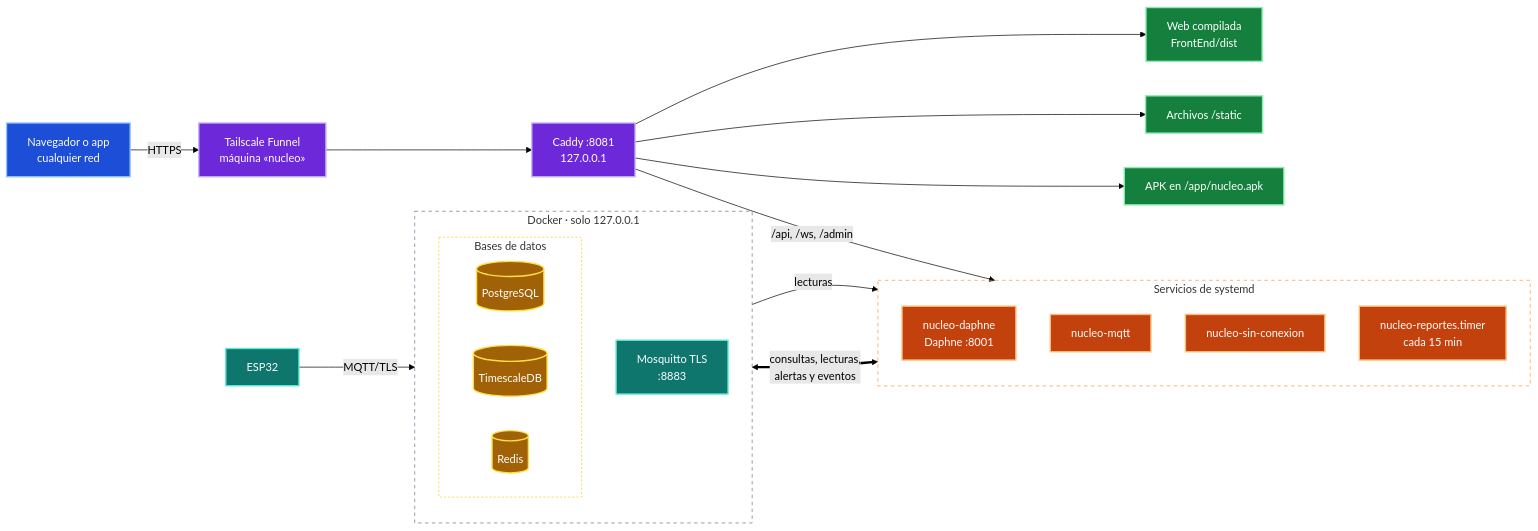
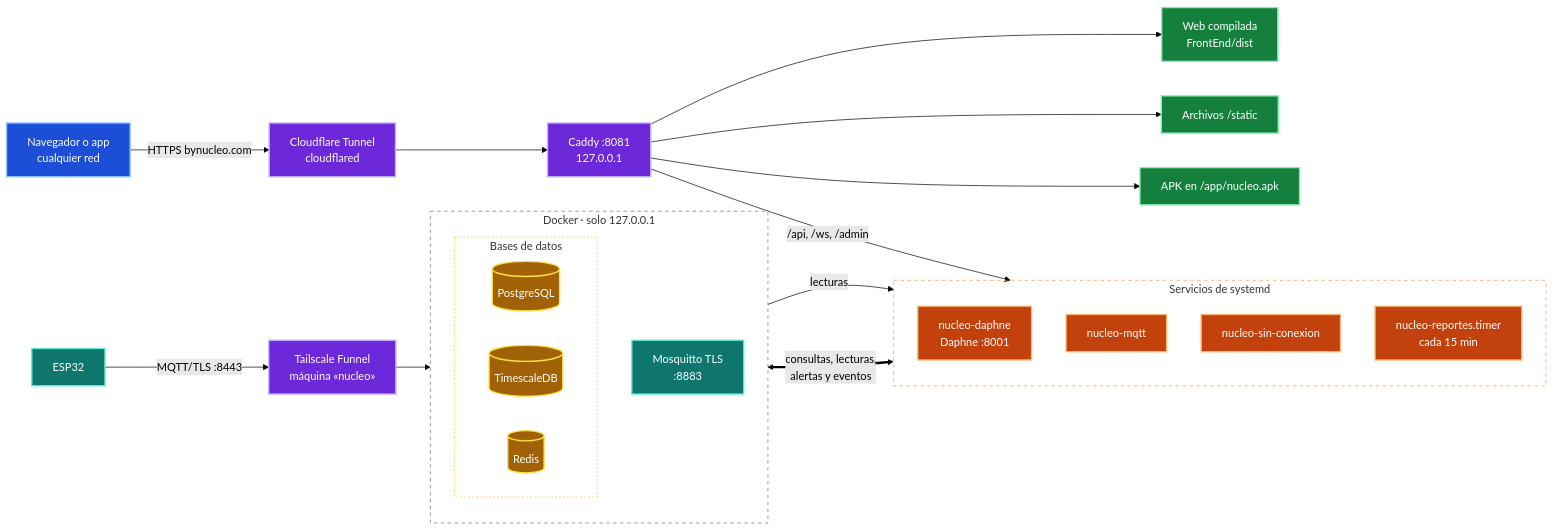
The third of 4 diagrams in README.md (BrandonGlz/Nucleo), drawn with Mermaid (forest theme) before and after one commit. The commit also changed other lines of this file and 7 other files, not shown here.

Commit message:
feat(despliegue): Núcleo en bynucleo.com con Cloudflare Tunnel; Tailscale queda para los ESP32 y la dirección anterior; la app apunta al dominio (0.1.8)

````diff
--- a/README.md
+++ b/README.md
@@ -372,45 +373,46 @@
 ```mermaid
 flowchart LR
-    U["Navegador o app<br/>cualquier red"] -->|HTTPS| TS["Tailscale Funnel<br/>máquina «nucleo»"]
-    TS --> C["Caddy :8081<br/>127.0.0.1"]
+    U["Navegador o app<br/>cualquier red"] -->|"HTTPS bynucleo.com"| CF["Cloudflare Tunnel<br/>cloudflared"]
+    CF --> C["Caddy :8081<br/>127.0.0.1"]
     C --> W["Web compilada<br/>FrontEnd/dist"]
     C --> ST["Archivos /static"]
     C --> APK["APK en /app/nucleo.apk"]
     C -->|"/api, /ws, /admin"| D
     subgraph SY["Servicios de systemd"]
         direction TB
         D["nucleo-daphne<br/>Daphne :8001"]
         MQ["nucleo-mqtt"]
         SC["nucleo-sin-conexion"]
         RP["nucleo-reportes.timer<br/>cada 15 min"]
     end
     subgraph DK["Docker · solo 127.0.0.1"]
         direction TB
         M["Mosquitto TLS<br/>:8883"]
         subgraph BD["Bases de datos"]
             PG[("PostgreSQL")]
             TDB[("TimescaleDB")]
             R[("Redis")]
         end
     end
-    E["ESP32"] -->|MQTT/TLS| M
+    E["ESP32"] -->|"MQTT/TLS :8443"| TS["Tailscale Funnel<br/>máquina «nucleo»"]
+    TS --> M
     M -->|lecturas| MQ
     SY <==>|"consultas, lecturas,<br/>alertas y eventos"| BD
     classDef cliente fill:#1d4ed8,stroke:#93c5fd,color:#fff,stroke-width:2px
     classDef red fill:#6d28d9,stroke:#c4b5fd,color:#fff,stroke-width:2px
     classDef web fill:#15803d,stroke:#86efac,color:#fff,stroke-width:2px
     classDef backend fill:#c2410c,stroke:#fdba74,color:#fff,stroke-width:2px
     classDef datos fill:#a16207,stroke:#fde047,color:#fff,stroke-width:2px
     classDef iot fill:#0f766e,stroke:#5eead4,color:#fff,stroke-width:2px
     classDef externo fill:#a21caf,stroke:#f0abfc,color:#fff,stroke-width:2px
     classDef doc fill:#475569,stroke:#cbd5e1,color:#fff,stroke-width:2px
     class U cliente
-    class TS,C red
+    class CF,TS,C red
     class W,ST,APK web
     class D,MQ,SC,RP backend
     class PG,TDB,R datos
     class M,E iot
     style SY fill:transparent,stroke:#fb923c,stroke-dasharray:5 5
     style DK fill:transparent,stroke:#64748b,stroke-dasharray:5 5
     style BD fill:transparent,stroke:#facc15,stroke-dasharray:3 3
 ```
````
